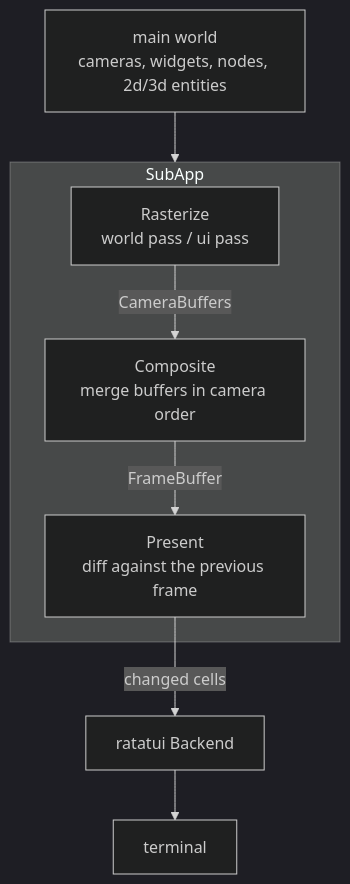
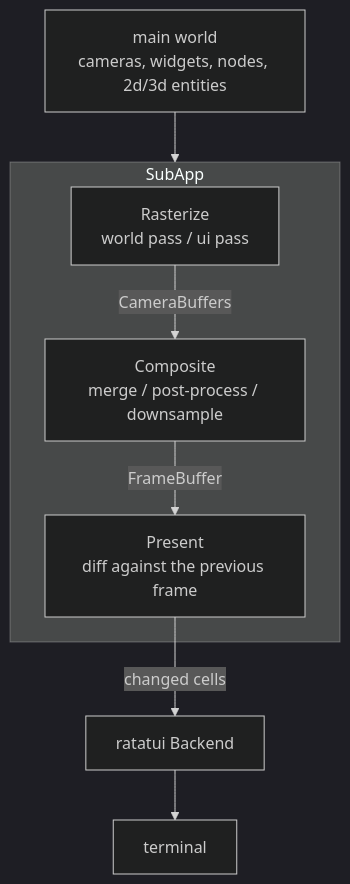
One commit to kenianbei/plurimus changed the diagram in ARCHITECTURE.md. Above: the diagram before and after it, drawn with Mermaid (dark theme). The commit also changed other lines of this file and 4 other files, not shown here.

````diff
--- a/ARCHITECTURE.md
+++ b/ARCHITECTURE.md
@@ -24,19 +24,19 @@
 ```mermaid
 flowchart TB
     world["main world<br/>cameras, widgets, nodes, 2d/3d entities"]
 
     subgraph subapp["SubApp"]
         rasterize["Rasterize<br/>world pass / ui pass"]
-        composite["Composite<br/>merge buffers in camera order"]
+        composite["Composite<br/>merge / post-process / downsample"]
         present["Present<br/>diff against the previous frame"]
     end
 
     backend["ratatui Backend"]
     term["terminal"]
 
     world --> subapp
     rasterize -->|CameraBuffers| composite
     composite -->|FrameBuffer| present
     present -->|changed cells| backend
     backend --> term
 ```
````
